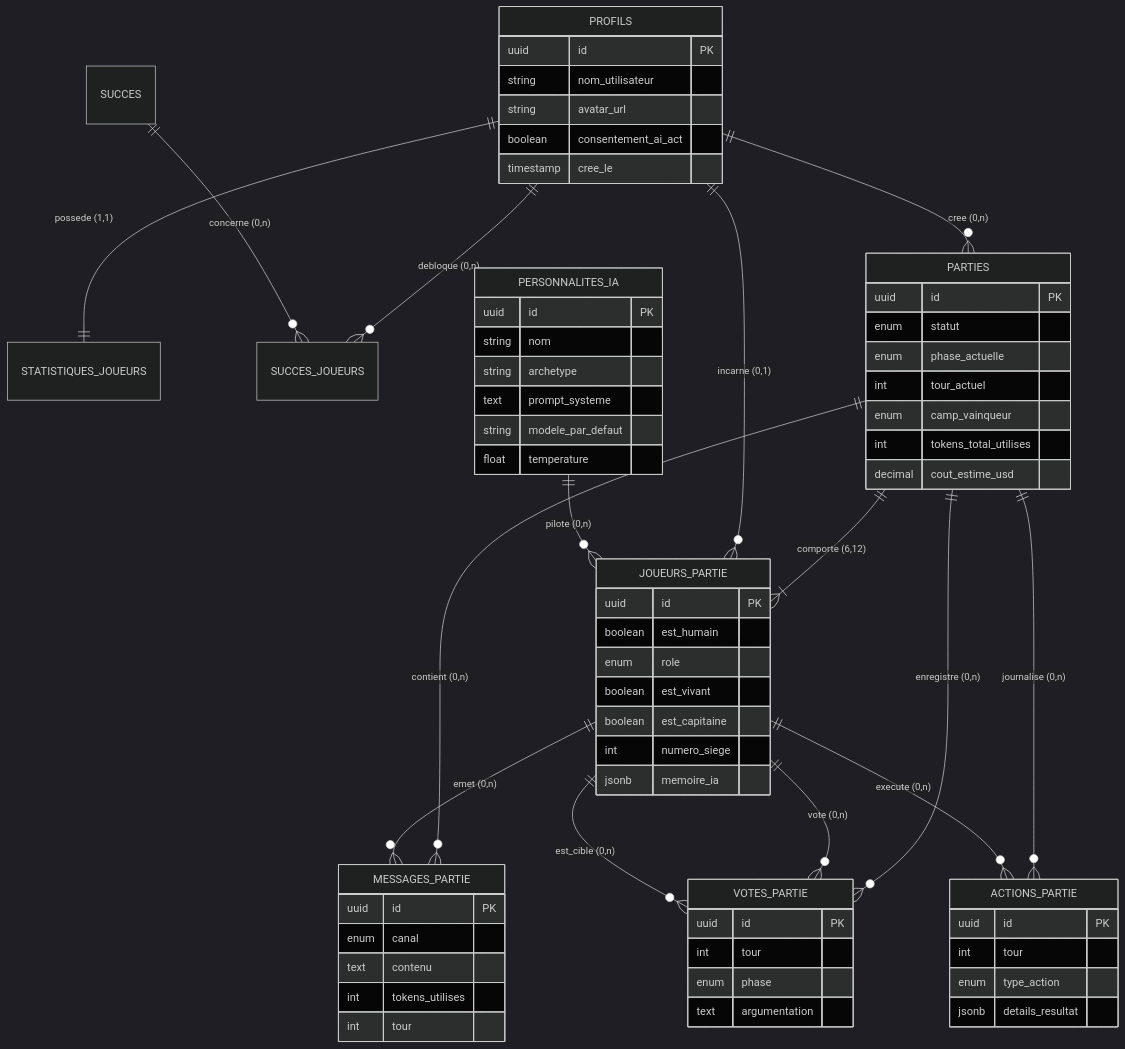
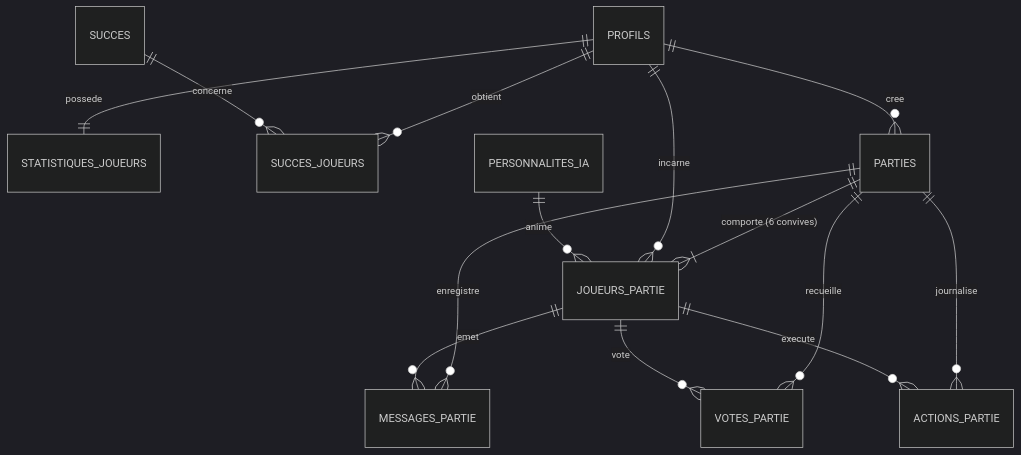
One commit to GutsSama/Studio-Lanterne changed the third of 3 diagrams in README.md. Above: the diagram before and after it, drawn with Mermaid (dark theme). The commit also changed other lines of this file, not shown here.

````diff
--- a/README.md
+++ b/README.md
@@ -52,76 +241,16 @@
 ```mermaid
 erDiagram
-    PROFILS ||--|| STATISTIQUES_JOUEURS : "possede (1,1)"
-    PROFILS ||--o{ SUCCES_JOUEURS : "debloque (0,n)"
-    SUCCES ||--o{ SUCCES_JOUEURS : "concerne (0,n)"
-    PROFILS ||--o{ PARTIES : "cree (0,n)"
-    PARTIES ||--|{ JOUEURS_PARTIE : "comporte (6,12)"
-    PROFILS ||--o{ JOUEURS_PARTIE : "incarne (0,1)"
-    PERSONNALITES_IA ||--o{ JOUEURS_PARTIE : "pilote (0,n)"
-    PARTIES ||--o{ MESSAGES_PARTIE : "contient (0,n)"
-    JOUEURS_PARTIE ||--o{ MESSAGES_PARTIE : "emet (0,n)"
-    PARTIES ||--o{ VOTES_PARTIE : "enregistre (0,n)"
-    JOUEURS_PARTIE ||--o{ VOTES_PARTIE : "vote (0,n)"
-    JOUEURS_PARTIE ||--o{ VOTES_PARTIE : "est_cible (0,n)"
-    PARTIES ||--o{ ACTIONS_PARTIE : "journalise (0,n)"
-    JOUEURS_PARTIE ||--o{ ACTIONS_PARTIE : "execute (0,n)"
-
-    PROFILS {
-        uuid id PK
-        string nom_utilisateur
-        string avatar_url
-        boolean consentement_ai_act
-        timestamp cree_le
-    }
-
-    PERSONNALITES_IA {
-        uuid id PK
-        string nom
-        string archetype
-        text prompt_systeme
-        string modele_par_defaut
-        float temperature
-    }
-
-    PARTIES {
-        uuid id PK
-        enum statut
-        enum phase_actuelle
-        int tour_actuel
-        enum camp_vainqueur
-        int tokens_total_utilises
-        decimal cout_estime_usd
-    }
-
-    JOUEURS_PARTIE {
-        uuid id PK
-        boolean est_humain
-        enum role
-        boolean est_vivant
-        boolean est_capitaine
-        int numero_siege
-        jsonb memoire_ia
-    }
-
-    MESSAGES_PARTIE {
-        uuid id PK
-        enum canal
-        text contenu
-        int tokens_utilises
-        int tour
-    }
-
-    VOTES_PARTIE {
-        uuid id PK
-        int tour
-        enum phase
-        text argumentation
-    }
-
-    ACTIONS_PARTIE {
-        uuid id PK
-        int tour
-        enum type_action
-        jsonb details_resultat
-    }
+    PROFILS ||--|| STATISTIQUES_JOUEURS : "possede"
+    PROFILS ||--o{ SUCCES_JOUEURS : "obtient"
+    SUCCES ||--o{ SUCCES_JOUEURS : "concerne"
+    PROFILS ||--o{ PARTIES : "cree"
+    PARTIES ||--|{ JOUEURS_PARTIE : "comporte (6 convives)"
+    PROFILS ||--o{ JOUEURS_PARTIE : "incarne"
+    PERSONNALITES_IA ||--o{ JOUEURS_PARTIE : "anime"
+    PARTIES ||--o{ MESSAGES_PARTIE : "enregistre"
+    JOUEURS_PARTIE ||--o{ MESSAGES_PARTIE : "emet"
+    PARTIES ||--o{ VOTES_PARTIE : "recueille"
+    JOUEURS_PARTIE ||--o{ VOTES_PARTIE : "vote"
+    PARTIES ||--o{ ACTIONS_PARTIE : "journalise"
+    JOUEURS_PARTIE ||--o{ ACTIONS_PARTIE : "execute"
 ```
````
